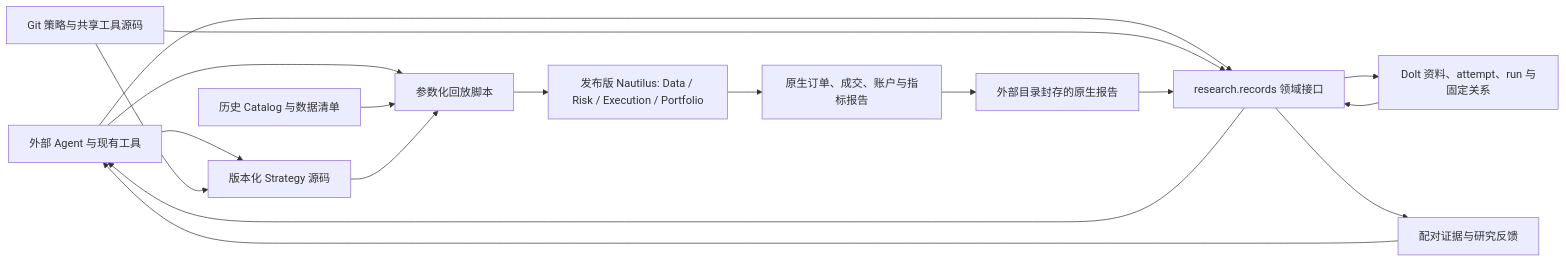
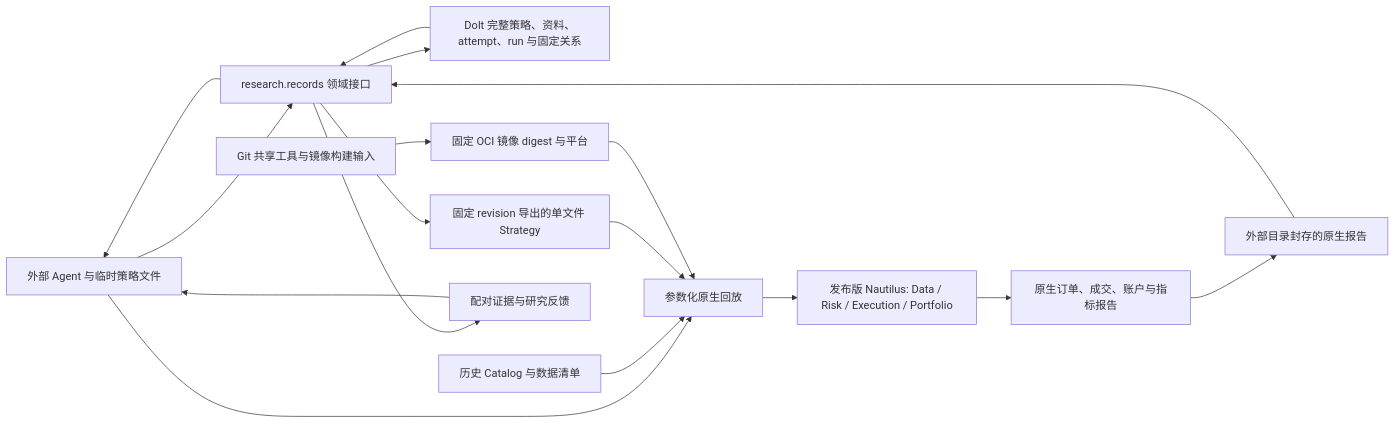
Before and after one commit to qOeOp/trade: the diagram in docs/architecture.zh.md, drawn with Mermaid. The commit also changed other lines of this file and 30 other files, not shown here.

Commit message:
refactor(strategy)!: move H19a custody outside product Git

````diff
--- a/docs/architecture.zh.md
+++ b/docs/architecture.zh.md
@@ -7,19 +7,19 @@
 ```mermaid
 flowchart LR
-  A[外部 Agent 与现有工具] --> S[版本化 Strategy 源码]
-  A --> Q[research.records 领域接口]
-  Q --> L[Dolt 资料、attempt、run 与固定关系]
+  A[外部 Agent 与临时策略文件] --> Q[research.records 领域接口]
+  Q --> L[Dolt 完整策略、资料、attempt、run 与固定关系]
   L --> Q
   Q --> A
-  G[Git 策略与共享工具源码] --> S
-  G --> Q
-  A --> R[参数化回放脚本]
+  Q --> S[固定 revision 导出的单文件 Strategy]
+  G[Git 共享工具与镜像构建输入] --> I[固定 OCI 镜像 digest 与平台]
+  A --> R[参数化原生回放]
   D[历史 Catalog 与数据清单] --> R
   S --> R
+  I --> R
   R --> N[发布版 Nautilus: Data / Risk / Execution / Portfolio]
   N --> E[原生订单、成交、账户与指标报告]
   E --> C[外部目录封存的原生报告]
   C --> Q
   Q --> F[配对证据与研究反馈]
   F --> A
 ```
````
